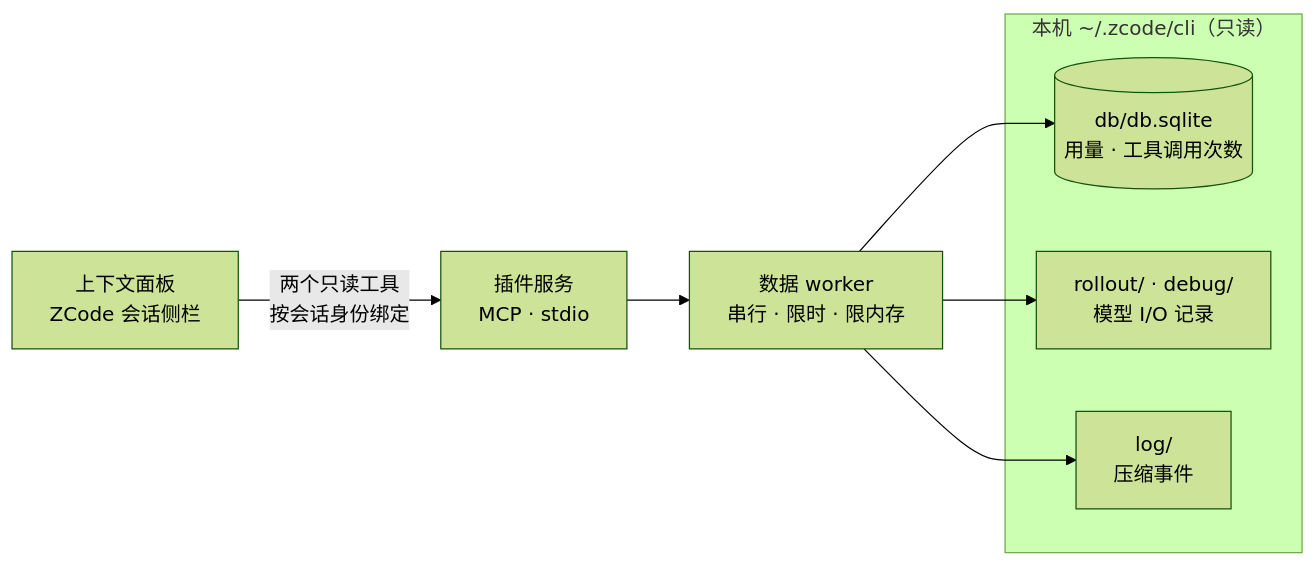
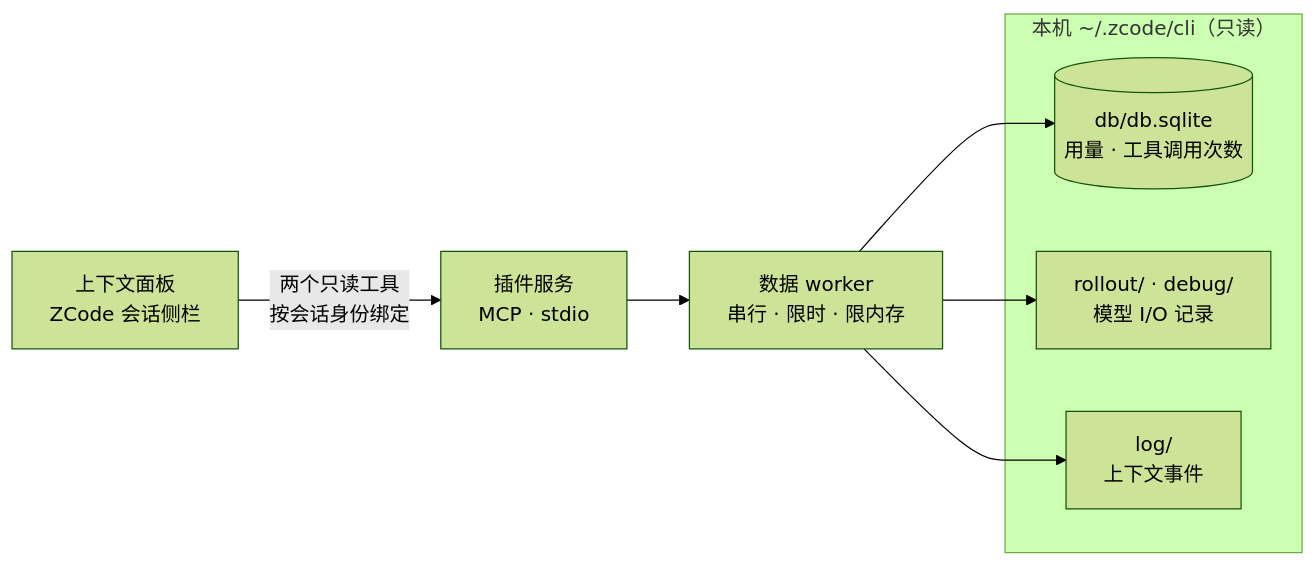
The diagram in README.md (Kevinzzz6/zcode-context), drawn with Mermaid (forest theme) before and after one commit. The commit also changed other lines of this file and 3 other files, not shown here.

````diff
--- a/README.md
+++ b/README.md
@@ -190,15 +190,15 @@
 ```mermaid
 flowchart LR
   panel["上下文面板<br/>ZCode 会话侧栏"]
   server["插件服务<br/>MCP · stdio"]
   worker["数据 worker<br/>串行 · 限时 · 限内存"]
   subgraph local["本机 ~/.zcode/cli（只读）"]
     db[("db/db.sqlite<br/>用量 · 工具调用次数")]
     traj["rollout/ · debug/<br/>模型 I/O 记录"]
-    log["log/<br/>压缩事件"]
+    log["log/<br/>上下文事件"]
   end
   panel -- "两个只读工具<br/>按会话身份绑定" --> server --> worker
   worker --> db
   worker --> traj
   worker --> log
 ```
````
